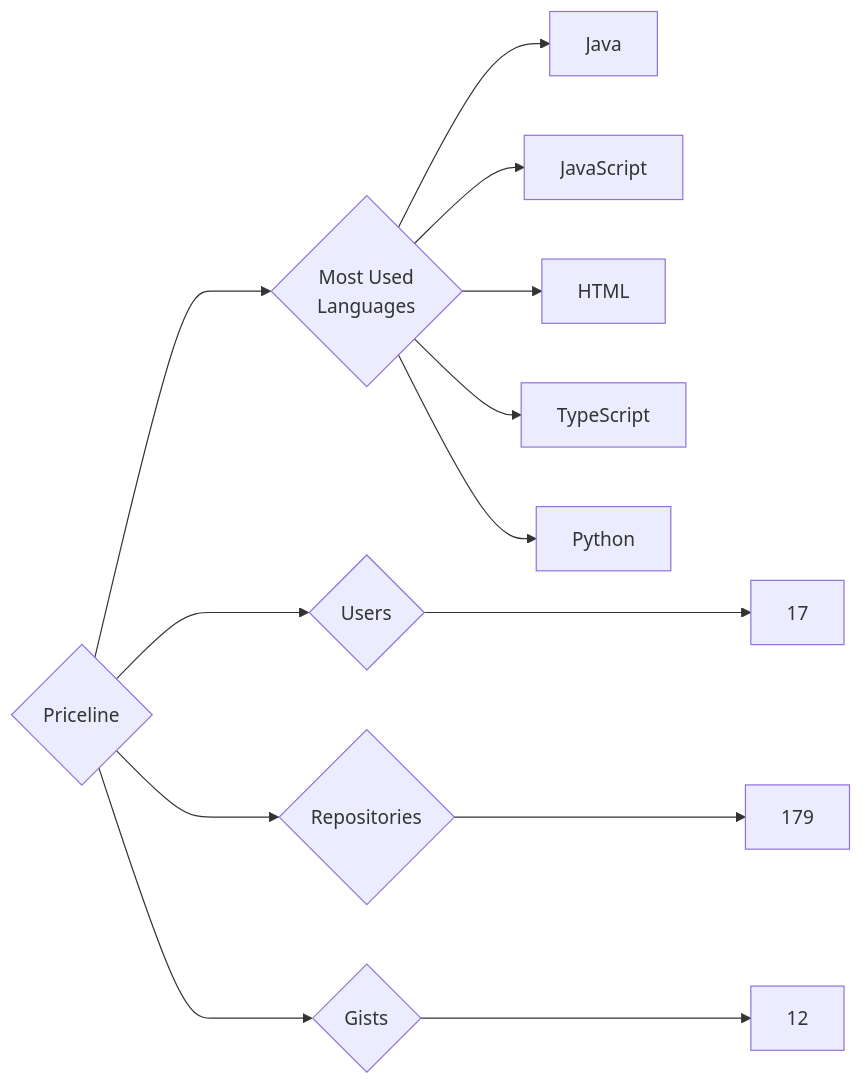
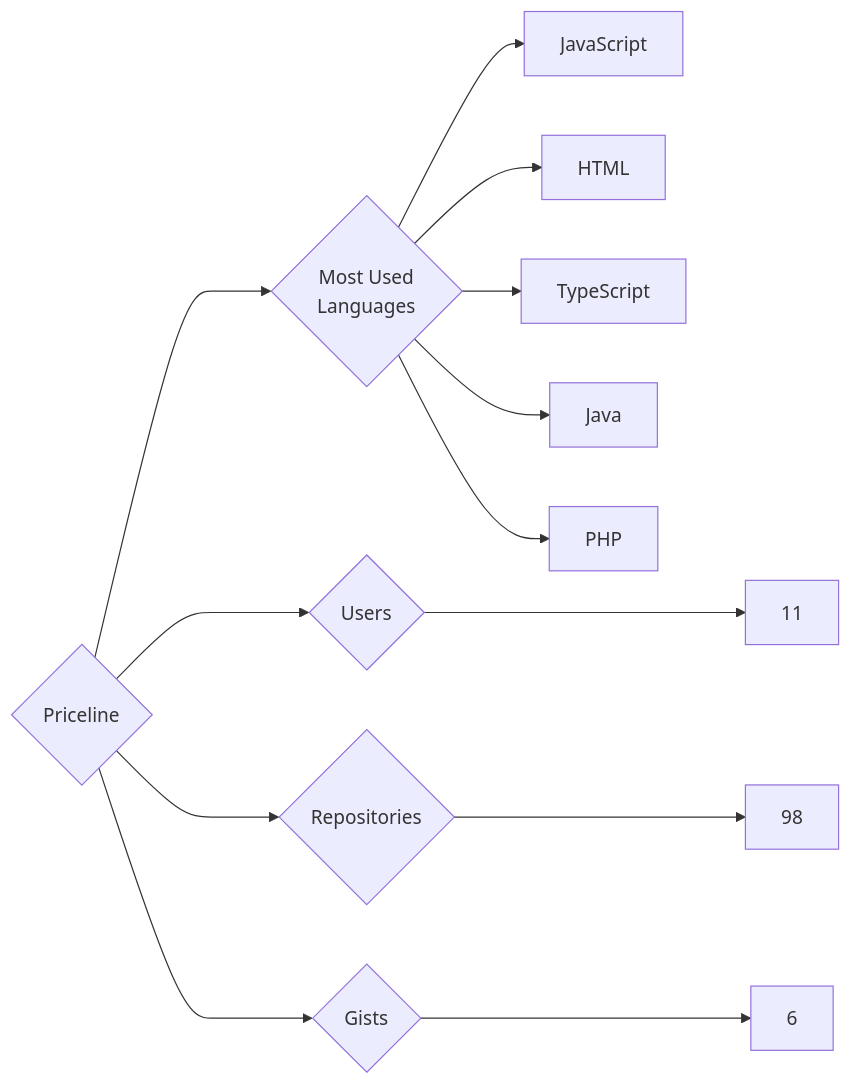
One commit to trickest/insiders changed the diagram in targets/Priceline/README.md. Above: the diagram before and after it, drawn with Mermaid. The commit also changed 1508 other files, not shown here.

````diff
--- a/targets/Priceline/README.md
+++ b/targets/Priceline/README.md
@@ -3,13 +3,13 @@
 ```mermaid
 graph LR
 COMPANY_NAME{Priceline}
-COMPANY_NAME ---> U{Users} ---> UN[17]
-COMPANY_NAME ---> R{Repositories} ---> RN[179]
-COMPANY_NAME ---> G{Gists} ---> GN[12]
+COMPANY_NAME ---> U{Users} ---> UN[11]
+COMPANY_NAME ---> R{Repositories} ---> RN[98]
+COMPANY_NAME ---> G{Gists} ---> GN[6]
 COMPANY_NAME ---> ML{Most Used<br>Languages}
-ML --> Java[Java]
 ML --> JavaScript[JavaScript]
 ML --> HTML[HTML]
 ML --> TypeScript[TypeScript]
-ML --> Python[Python]
+ML --> Java[Java]
+ML --> PHP[PHP]
 ```
````
